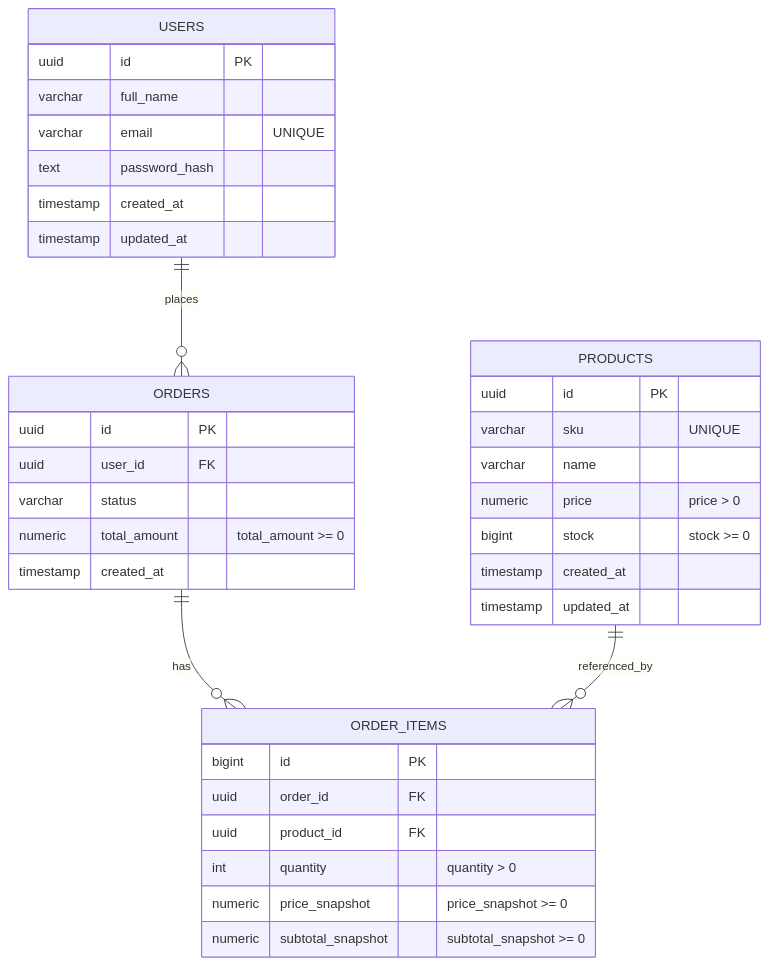
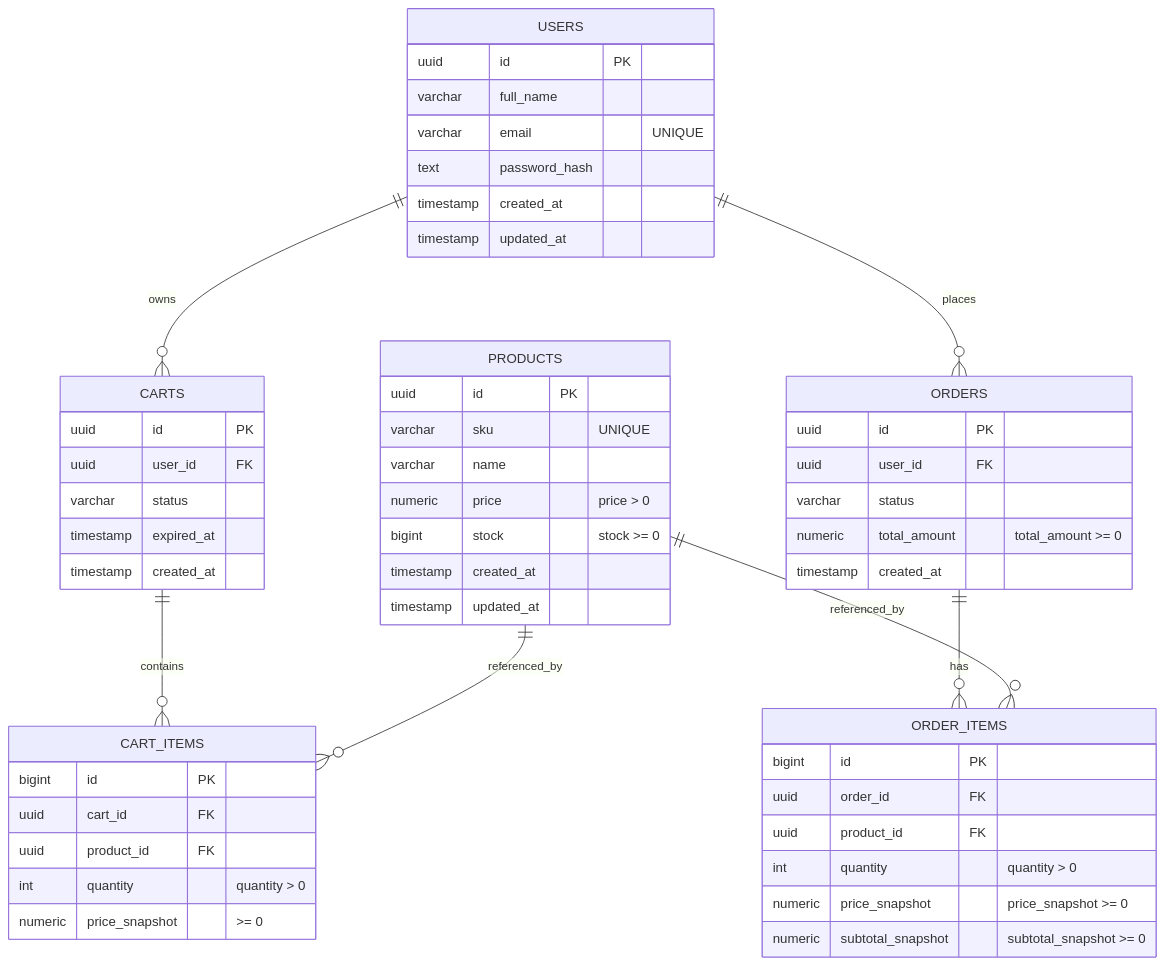
Before and after one commit to ItsnaMaulanaHasan/system-design-carts-system: the second of 8 diagrams in README.md, drawn with Mermaid.

Commit message:
feat: update erd

````diff
--- a/README.md
+++ b/README.md
@@ -74,42 +74,62 @@
 ```mermaid
 erDiagram
     USERS {
         uuid id PK
         varchar full_name
         varchar email "UNIQUE"
         text password_hash
         timestamp created_at
         timestamp updated_at
     }
 
     PRODUCTS {
         uuid id PK
         varchar sku "UNIQUE"
         varchar name
         numeric price "price > 0"
         bigint stock "stock >= 0"
         timestamp created_at
         timestamp updated_at
     }
 
+    CARTS {
+        uuid id PK
+        uuid user_id FK
+        varchar status
+        timestamp expired_at
+        timestamp created_at
+    }
+
+    CART_ITEMS {
+        bigint id PK
+        uuid cart_id FK
+        uuid product_id FK
+        int quantity "quantity > 0"
+        numeric price_snapshot ">= 0"
+    }
+
     ORDERS {
         uuid id PK
         uuid user_id FK
         varchar status
         numeric total_amount "total_amount >= 0"
         timestamp created_at
     }
 
     ORDER_ITEMS {
         bigint id PK
         uuid order_id FK
         uuid product_id FK
         int quantity "quantity > 0"
         numeric price_snapshot " price_snapshot >= 0"
         numeric subtotal_snapshot "subtotal_snapshot >= 0"
     }
 
+    USERS ||--o{ CARTS : owns
+    CARTS ||--o{ CART_ITEMS : contains
+    PRODUCTS ||--o{ CART_ITEMS : referenced_by
+
     USERS ||--o{ ORDERS : places
     ORDERS ||--o{ ORDER_ITEMS : has
     PRODUCTS ||--o{ ORDER_ITEMS : referenced_by
 ```
````
